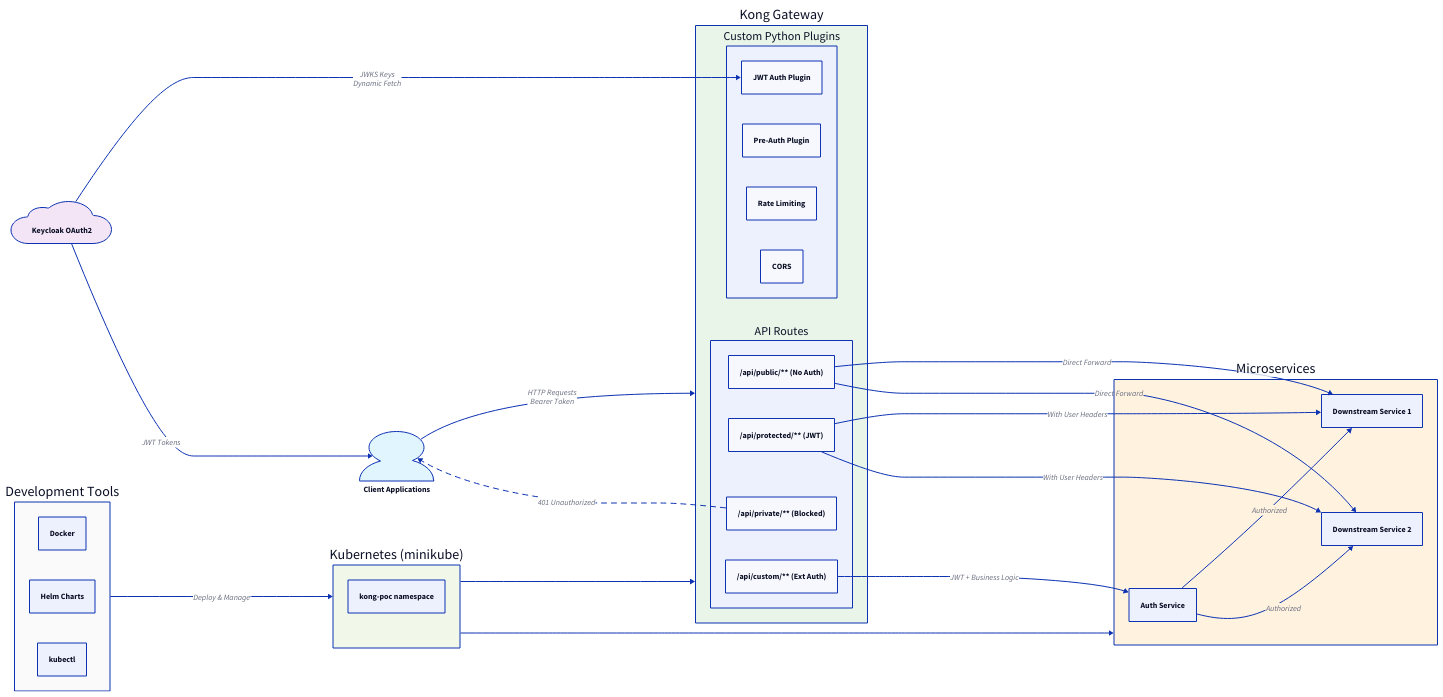
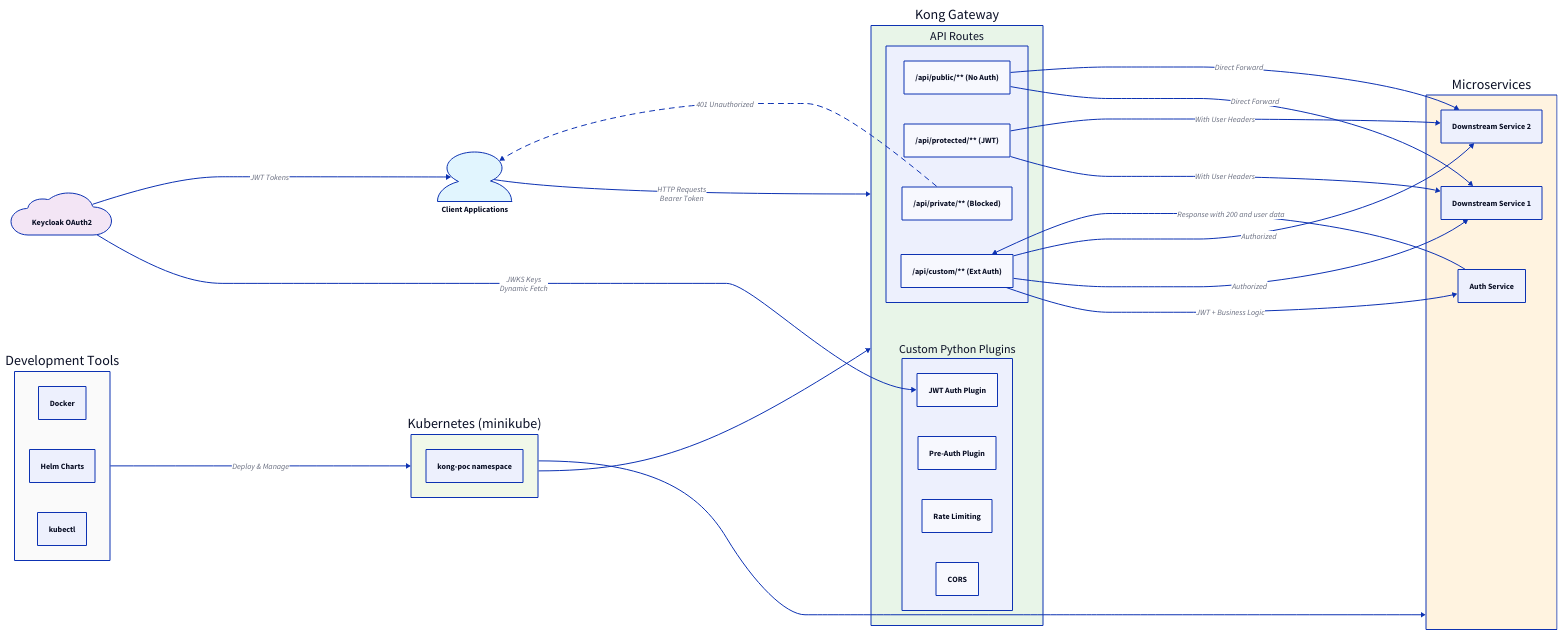
One commit to nitin-vavdiya/kong-api-gateway-poc changed the diagram in docs/architecture.d2. Above: the diagram before and after it, drawn with D2. The commit also changed 6 other files, not shown here.

```diff
--- a/docs/architecture.d2
+++ b/docs/architecture.d2
@@ -1,81 +1,83 @@
 # Kong API Gateway POC Architecture
 
 direction: right
 
 # External layer
 clients: Client Applications {
   shape: person
   style.fill: "#e1f5fe"
 }
 
 keycloak: Keycloak OAuth2 {
   shape: cloud
   style.fill: "#f3e5f5"
 }
 
 # Kong Gateway layer
 kong: Kong Gateway {
   style.fill: "#e8f5e8"
-  
+
   plugins: Custom Python Plugins {
     jwt_auth: JWT Auth Plugin
     pre_auth: Pre-Auth Plugin
     rate_limit: Rate Limiting
     cors: CORS
   }
-  
+
   routes: API Routes {
     public: /api/public/** (No Auth)
     protected: /api/protected/** (JWT)
     private: /api/private/** (Blocked)
     custom: /api/custom/** (Ext Auth)
   }
 }
 
 # Services layer
 services: Microservices {
   style.fill: "#fff3e0"
-  
+
   auth_svc: Auth Service
   service1: Downstream Service 1
   service2: Downstream Service 2
 }
 
 # Kubernetes layer
 k8s: Kubernetes (minikube) {
   style.fill: "#f1f8e9"
   namespace: kong-poc namespace
 }
 
 # Connections
 clients -> kong: HTTP Requests\nBearer Token
 keycloak -> kong.plugins.jwt_auth: JWKS Keys\nDynamic Fetch
 keycloak -> clients: JWT Tokens
 
 kong.routes.public -> services.service1: Direct Forward
 kong.routes.public -> services.service2: Direct Forward
 
 kong.routes.protected -> services.service1: With User Headers
 kong.routes.protected -> services.service2: With User Headers
 
 kong.routes.custom -> services.auth_svc: JWT + Business Logic
-services.auth_svc -> services.service1: Authorized
-services.auth_svc -> services.service2: Authorized
+kong.routes.custom <- services.auth_svc: Response with 200 and user data
+
+kong.routes.custom -> services.service1: Authorized
+kong.routes.custom -> services.service2: Authorized
 
 kong.routes.private -> clients: 401 Unauthorized {
   style.stroke-dash: 5
 }
 
 # Deployment tools
 tools: Development Tools {
   style.fill: "#fafafa"
   docker: Docker
   helm: Helm Charts
   kubectl: kubectl
 }
 
 tools -> k8s: Deploy & Manage
 
 # Housing everything in Kubernetes
 k8s -> kong
 k8s -> services
```
